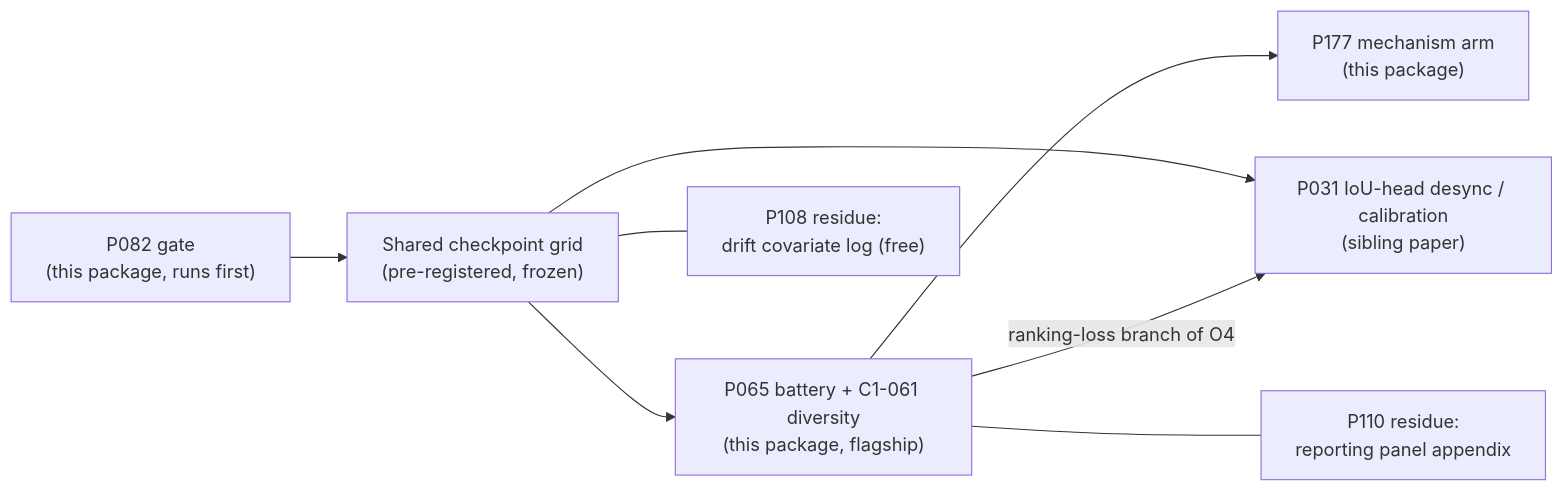
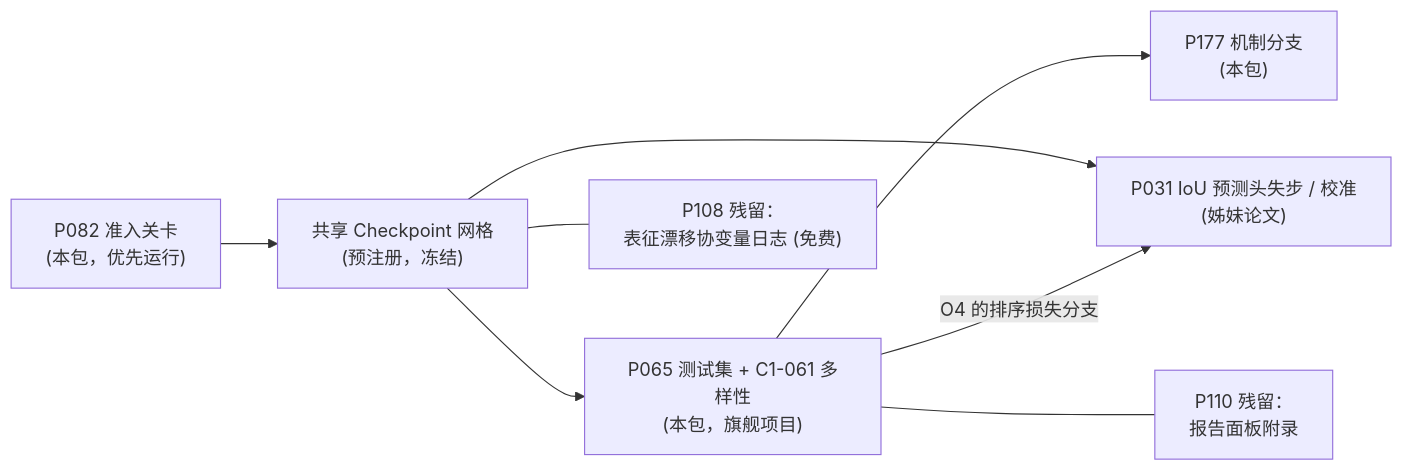
One commit to songkang688/idea changed the fifth of 5 diagrams in Windows4/Idea_02/mermaid.md. Above: the diagram before and after it, drawn with Mermaid. The commit also changed other lines of this file and 74 other files, not shown here.

````diff
--- a/Windows4/Idea_02/mermaid.md
+++ b/Windows4/Idea_02/mermaid.md
@@ -96,16 +96,16 @@
 ```mermaid
 flowchart LR
-    P082["P082 gate<br/>(this package, runs first)"]
-    GRID["Shared checkpoint grid<br/>(pre-registered, frozen)"]
-    P065["P065 battery + C1-061 diversity<br/>(this package, flagship)"]
-    P031["P031 IoU-head desync / calibration<br/>(sibling paper)"]
-    P177["P177 mechanism arm<br/>(this package)"]
-    P110["P110 residue:<br/>reporting panel appendix"]
-    P108["P108 residue:<br/>drift covariate log (free)"]
+    P082["P082 准入关卡<br/>(本包，优先运行)"]
+    GRID["共享 Checkpoint 网格<br/>(预注册，冻结)"]
+    P065["P065 测试集 + C1-061 多样性<br/>(本包，旗舰项目)"]
+    P031["P031 IoU 预测头失步 / 校准<br/>(姊妹论文)"]
+    P177["P177 机制分支<br/>(本包)"]
+    P110["P110 残留：<br/>报告面板附录"]
+    P108["P108 残留：<br/>表征漂移协变量日志 (免费)"]
 
     P082 --> GRID --> P065 --> P177
     GRID --> P031
-    P065 -- "ranking-loss branch of O4" --> P031
+    P065 -- "O4 的排序损失分支" --> P031
     P065 --- P110
     GRID --- P108
 ```
````
